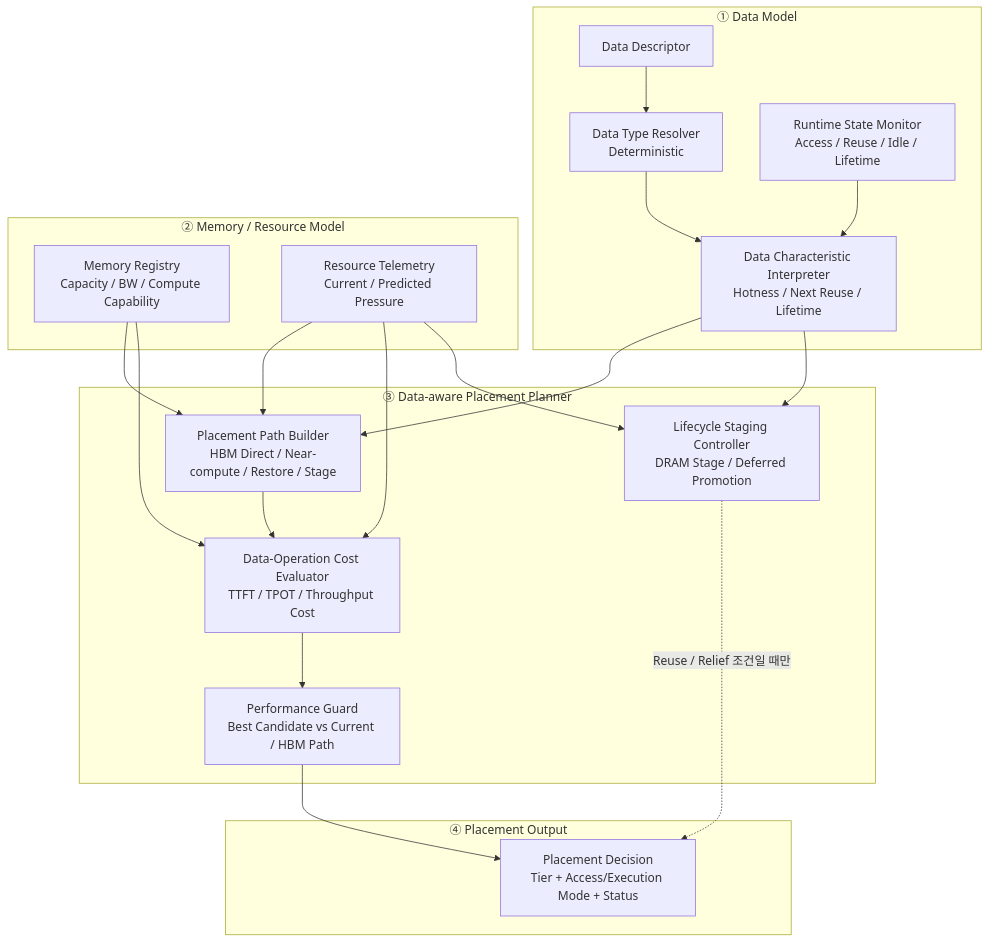
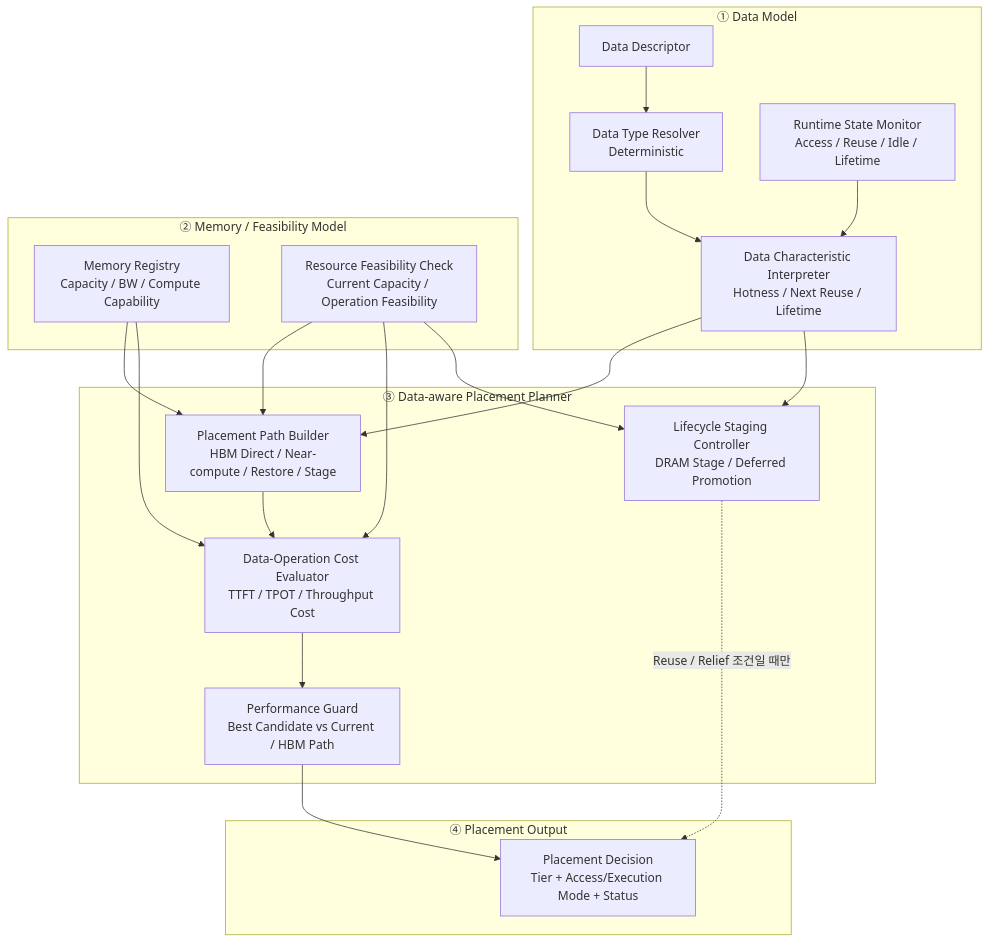
One commit to mkim0628/vllm changed the second of 2 diagrams in doc-architect/dp1-reinforcement-v2-design.md. Above: the diagram before and after it, drawn with Mermaid. The commit also changed other lines of this file, not shown here.

Commit message:
Correct C1 C2 boundary to resource-centric versus data-centric monitoring

````diff
--- a/doc-architect/dp1-reinforcement-v2-design.md
+++ b/doc-architect/dp1-reinforcement-v2-design.md
@@ -234,45 +242,45 @@
 ```mermaid
 flowchart TB
 
     subgraph DM["① Data Model"]
         DD["Data Descriptor"]
         DTR["Data Type Resolver<br/>Deterministic"]
         RSM["Runtime State Monitor<br/>Access / Reuse / Idle / Lifetime"]
         DCI["Data Characteristic Interpreter<br/>Hotness / Next Reuse / Lifetime"]
     end
 
-    subgraph MM["② Memory / Resource Model"]
+    subgraph MM["② Memory / Feasibility Model"]
         MR["Memory Registry<br/>Capacity / BW / Compute Capability"]
-        TM["Resource Telemetry<br/>Current / Predicted Pressure"]
+        RF["Resource Feasibility Check<br/>Current Capacity / Operation Feasibility"]
     end
 
     subgraph PP["③ Data-aware Placement Planner"]
         PB["Placement Path Builder<br/>HBM Direct / Near-compute / Restore / Stage"]
         CE["Data-Operation Cost Evaluator<br/>TTFT / TPOT / Throughput Cost"]
         BG["Performance Guard<br/>Best Candidate vs Current / HBM Path"]
         LS["Lifecycle Staging Controller<br/>DRAM Stage / Deferred Promotion"]
     end
 
     subgraph OUT["④ Placement Output"]
         DEC["Placement Decision<br/>Tier + Access/Execution Mode + Status"]
     end
 
     DD --> DTR
     DTR --> DCI
     RSM --> DCI
 
     DCI --> PB
     MR --> PB
-    TM --> PB
+    RF --> PB
 
     PB --> CE
     MR --> CE
-    TM --> CE
+    RF --> CE
 
     CE --> BG
     DCI --> LS
-    TM --> LS
+    RF --> LS
 
     BG --> DEC
     LS -. "Reuse / Relief 조건일 때만" .-> DEC
 ```
````
